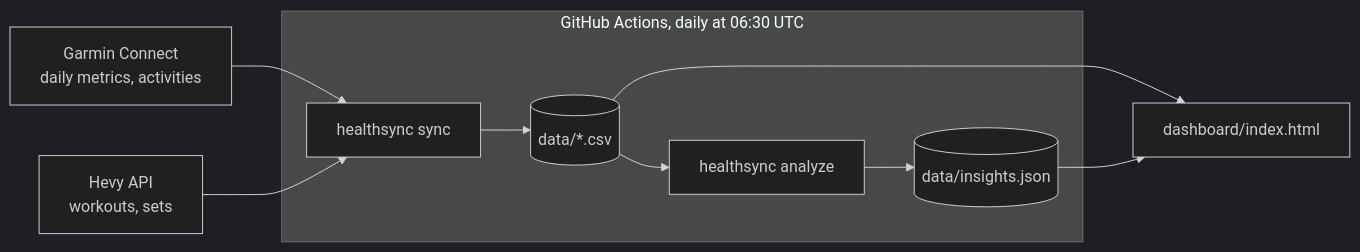
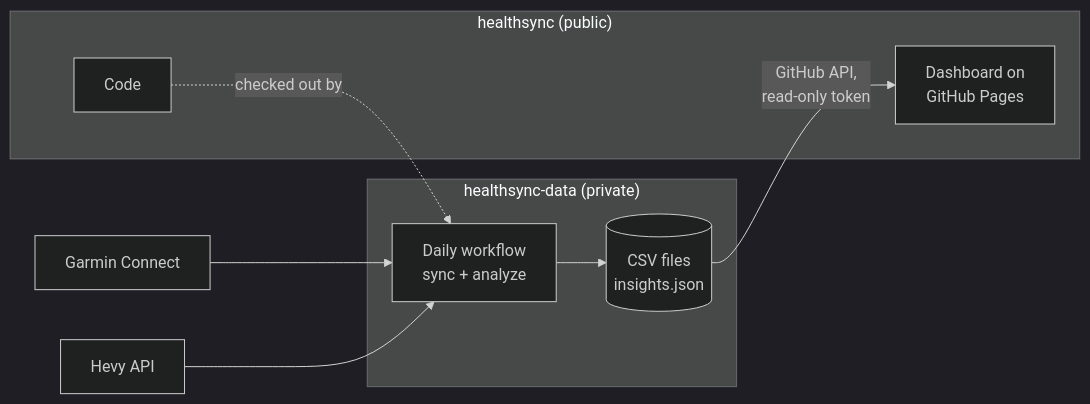
The diagram in README.md (sh4rkfx/healthsync), drawn with Mermaid (dark theme) before and after one commit. The commit also changed other lines of this file and 9 other files, not shown here.

First line of the commit message:
Split code and data, add GitHub Pages dashboard

````diff
--- a/README.md
+++ b/README.md
@@ -24,11 +25,13 @@
 ```mermaid
 flowchart LR
-    G["Garmin Connect<br/>daily metrics, activities"] --> S
-    H["Hevy API<br/>workouts, sets"] --> S
-    subgraph GH["GitHub Actions, daily at 06:30 UTC"]
-        S["healthsync sync"] --> C[("data/*.csv")]
-        C --> A["healthsync analyze"] --> I[("data/insights.json")]
+    G["Garmin Connect"] --> S
+    H["Hevy API"] --> S
+    subgraph P["healthsync-data (private)"]
+        S["Daily workflow<br/>sync + analyze"] --> C[("CSV files<br/>insights.json")]
     end
-    C --> D["dashboard/index.html"]
-    I --> D
+    subgraph O["healthsync (public)"]
+        K["Code"] -. checked out by .-> S
+        D["Dashboard on<br/>GitHub Pages"]
+    end
+    C -- "GitHub API,<br/>read-only token" --> D
 ```
````
